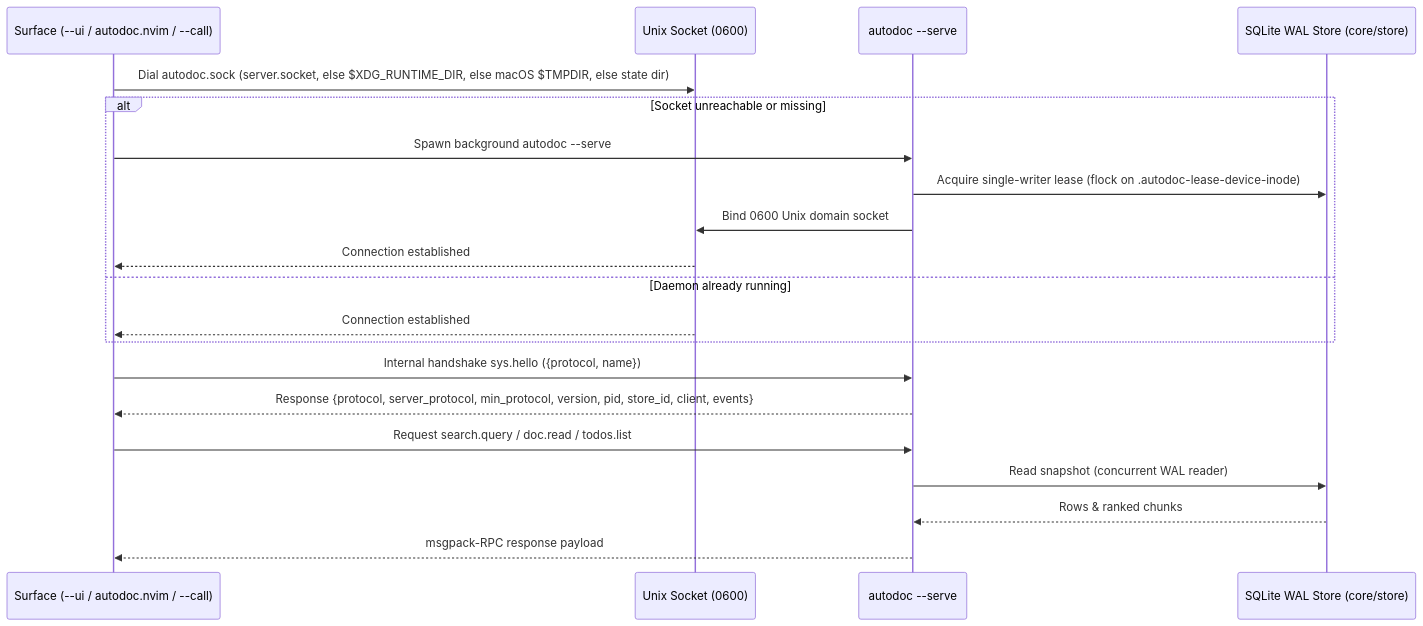
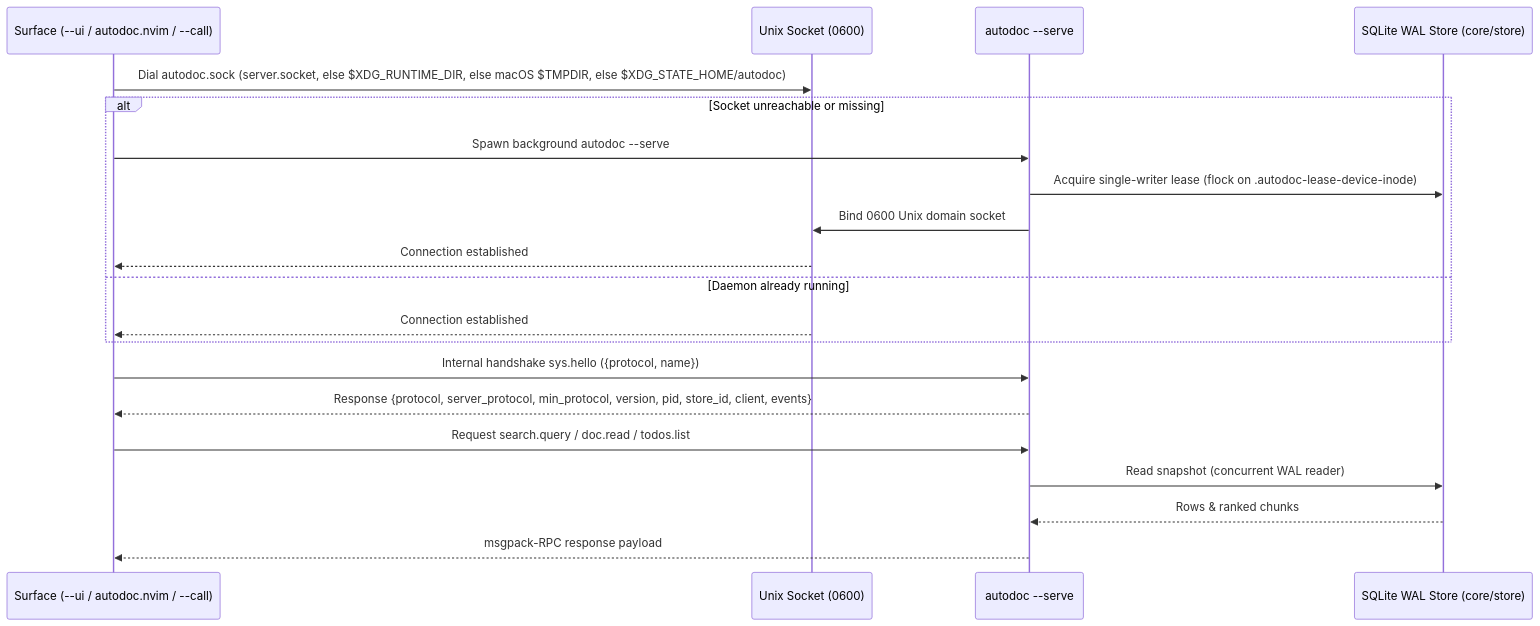
Before and after one commit to yongjohnlee80/autodoc: the diagram in docs/tutorials/01-architecture-and-surfaces/client-rpc-flow.mmd, drawn with Mermaid. The commit also changed 1 other file, not shown here.

Commit message:
docs(tutorials): specify Server{}.StateDirPath() default XDG state socket fallback in ch01

```diff
--- a/docs/tutorials/01-architecture-and-surfaces/client-rpc-flow.mmd
+++ b/docs/tutorials/01-architecture-and-surfaces/client-rpc-flow.mmd
@@ -1,21 +1,21 @@
 sequenceDiagram
     participant Client as Surface (--ui / autodoc.nvim / --call)
     participant Socket as Unix Socket (0600)
     participant Daemon as autodoc --serve
     participant Store as SQLite WAL Store (core/store)
 
-    Client->>Socket: Dial autodoc.sock (server.socket, else $XDG_RUNTIME_DIR, else macOS $TMPDIR, else state dir)
+    Client->>Socket: Dial autodoc.sock (server.socket, else $XDG_RUNTIME_DIR, else macOS $TMPDIR, else $XDG_STATE_HOME/autodoc)
     alt Socket unreachable or missing
         Client->>Daemon: Spawn background autodoc --serve
         Daemon->>Store: Acquire single-writer lease (flock on .autodoc-lease-device-inode)
         Daemon->>Socket: Bind 0600 Unix domain socket
         Socket-->>Client: Connection established
     else Daemon already running
         Socket-->>Client: Connection established
     end
     Client->>Daemon: Internal handshake sys.hello ({protocol, name})
     Daemon-->>Client: Response {protocol, server_protocol, min_protocol, version, pid, store_id, client, events}
     Client->>Daemon: Request search.query / doc.read / todos.list
     Daemon->>Store: Read snapshot (concurrent WAL reader)
     Store-->>Daemon: Rows & ranked chunks
     Daemon-->>Client: msgpack-RPC response payload
```
